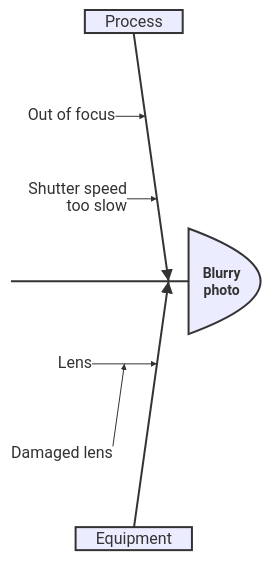
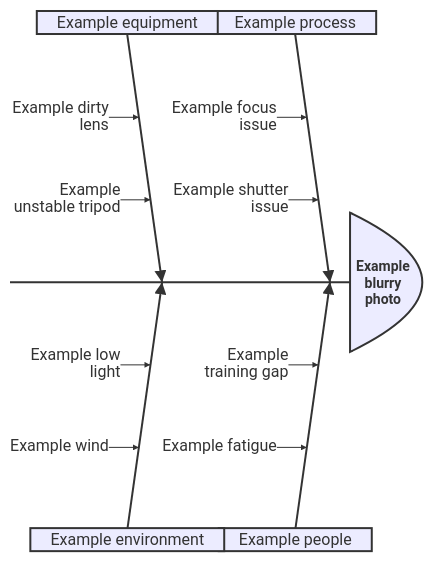
The diagram in docs/contracts/configuration-rendering/sources/ishikawa-beta.mmd (szpak-dev/mermaiden), drawn with Mermaid before and after one commit. The commit also changed 107 other files, not shown here.

```diff
--- a/docs/contracts/configuration-rendering/sources/ishikawa-beta.mmd
+++ b/docs/contracts/configuration-rendering/sources/ishikawa-beta.mmd
@@ -1,13 +1,19 @@
 ---
 config:
   wrap: true
-  ishikawa: {"useWidth": 0.0, "useMaxWidth": false, "diagramPadding": 20}
+  ishikawa: {"useWidth": 960.0, "useMaxWidth": false, "diagramPadding": 20}
 ---
 ishikawa-beta
-Blurry photo
-Process
-  Out of focus
-  Shutter speed too slow
-Equipment
-  Lens
-    Damaged lens
+Example blurry photo
+Example process
+  Example focus issue
+  Example shutter issue
+Example people
+  Example training gap
+  Example fatigue
+Example equipment
+  Example dirty lens
+  Example unstable tripod
+Example environment
+  Example low light
+  Example wind
```
